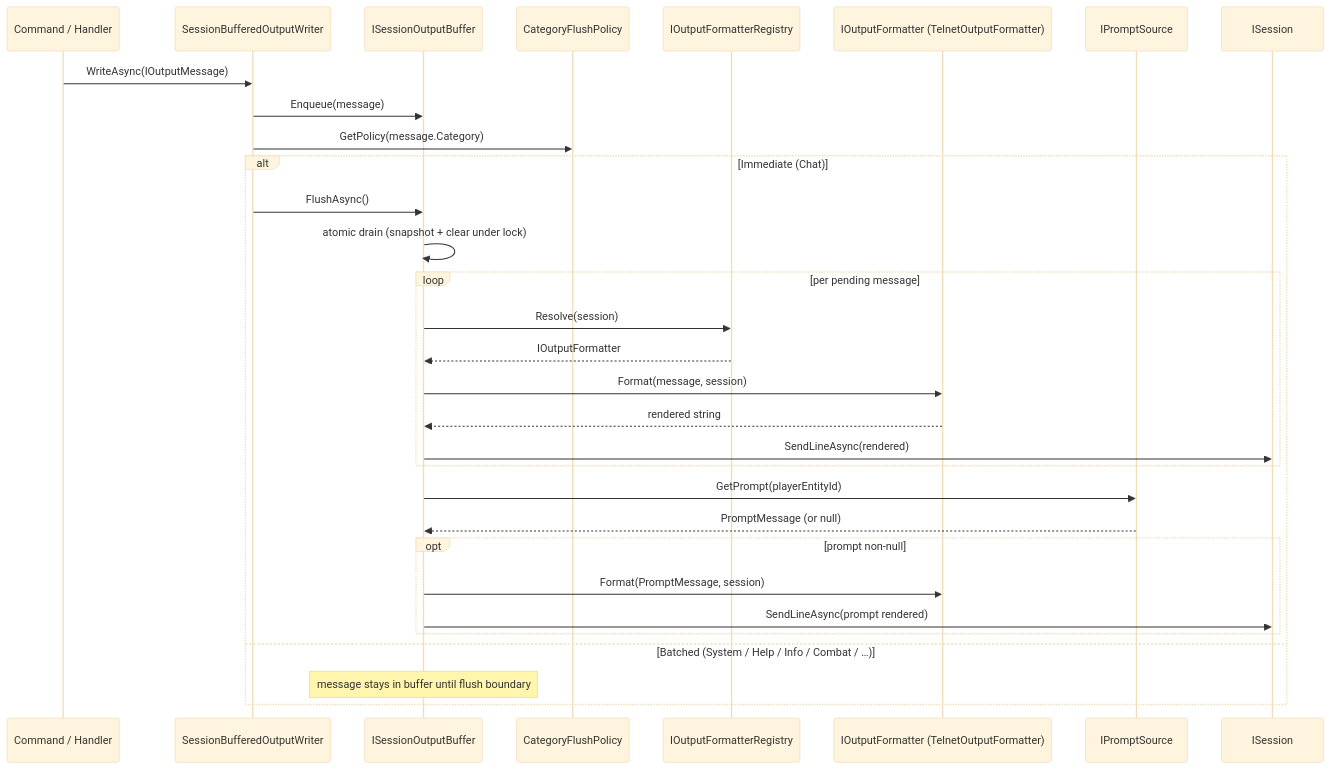
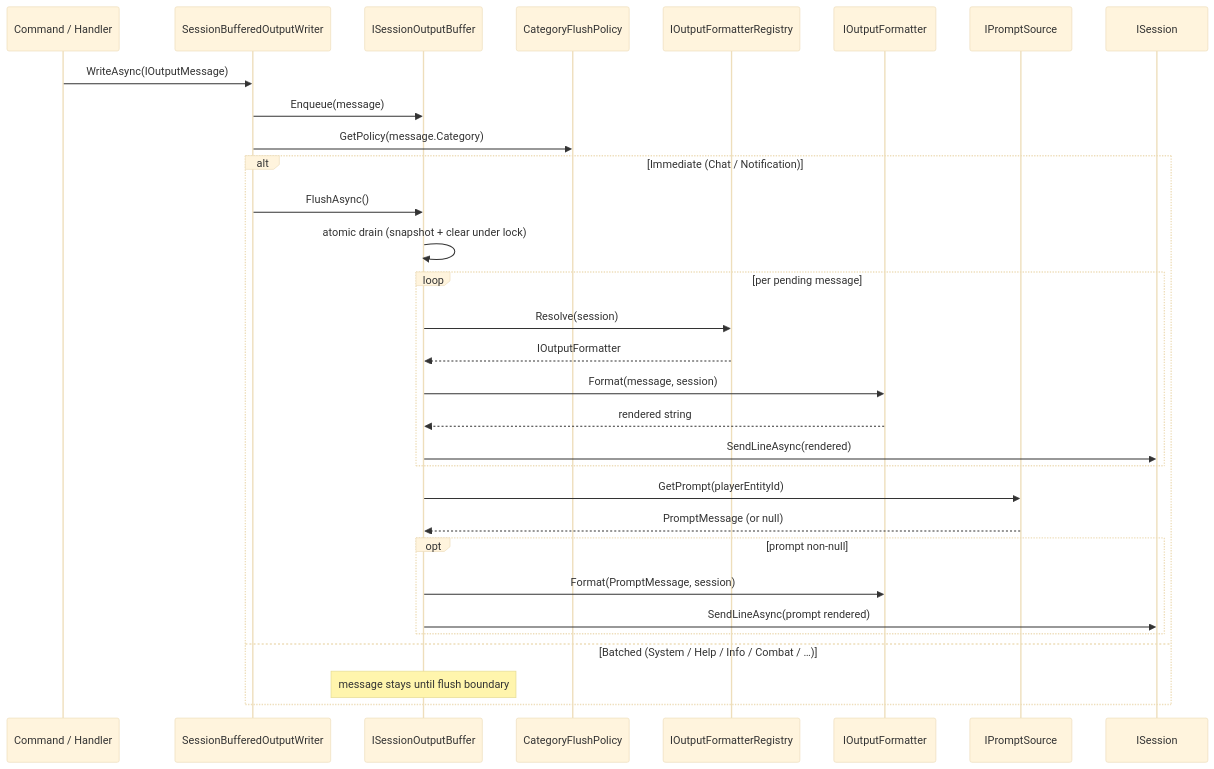
Before and after one commit to dmbyer/Hedron: the diagram in docs/architecture/flows/flow-06-output-rendering.md, drawn with Mermaid (base theme). The commit also changed other lines of this file and 182 other files, not shown here.

````diff
--- a/docs/architecture/flows/flow-06-output-rendering.md
+++ b/docs/architecture/flows/flow-06-output-rendering.md
@@ -9,34 +9,34 @@
 ```mermaid
 sequenceDiagram
     participant Caller as Command / Handler
     participant OW as SessionBufferedOutputWriter
     participant Buf as ISessionOutputBuffer
     participant Policy as CategoryFlushPolicy
     participant Reg as IOutputFormatterRegistry
-    participant Fmt as IOutputFormatter (TelnetOutputFormatter)
+    participant Fmt as IOutputFormatter
     participant PS as IPromptSource
     participant Sess as ISession
 
     Caller->>OW: WriteAsync(IOutputMessage)
     OW->>Buf: Enqueue(message)
     OW->>Policy: GetPolicy(message.Category)
-    alt Immediate (Chat)
+    alt Immediate (Chat / Notification)
         OW->>Buf: FlushAsync()
         Buf->>Buf: atomic drain (snapshot + clear under lock)
         loop per pending message
             Buf->>Reg: Resolve(session)
             Reg-->>Buf: IOutputFormatter
             Buf->>Fmt: Format(message, session)
             Fmt-->>Buf: rendered string
             Buf->>Sess: SendLineAsync(rendered)
         end
         Buf->>PS: GetPrompt(playerEntityId)
         PS-->>Buf: PromptMessage (or null)
         opt prompt non-null
             Buf->>Fmt: Format(PromptMessage, session)
             Buf->>Sess: SendLineAsync(prompt rendered)
         end
     else Batched (System / Help / Info / Combat / …)
-        Note over Buf: message stays in buffer until flush boundary
+        Note over Buf: message stays until flush boundary
     end
 ```
````
